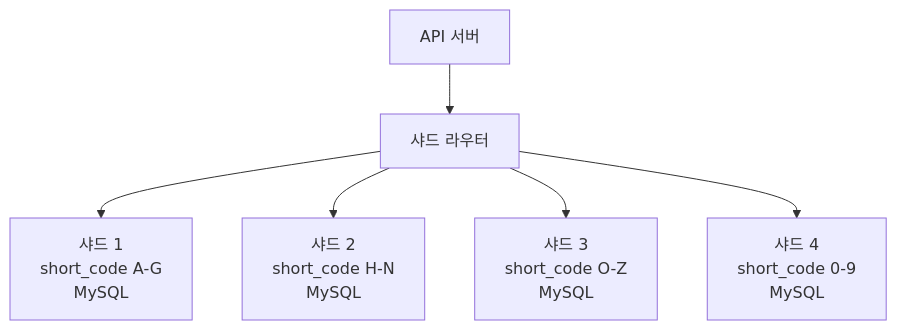
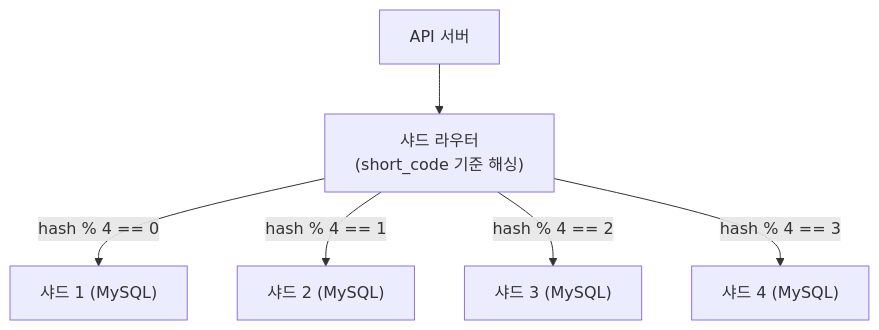
Before and after one commit to yjkim2015/yjkim2015.github.io: the fifth of 7 diagrams in _posts/systemdesign/2026-05-02-system-design-url-shortener.md, drawn with Mermaid. The commit also changed other lines of this file and 122 other files, not shown here.

````diff
--- a/_posts/systemdesign/2026-05-02-system-design-url-shortener.md
+++ b/_posts/systemdesign/2026-05-02-system-design-url-shortener.md
@@ -383,9 +226,8 @@
 ```mermaid
 graph TD
-    Router["샤드 라우터"] --> S1["샤드 1<br>short_code A-G<br>MySQL"]
-    Router --> S2["샤드 2<br>short_code H-N<br>MySQL"]
-    Router --> S3["샤드 3<br>short_code O-Z<br>MySQL"]
-    Router --> S4["샤드 4<br>short_code 0-9<br>MySQL"]
-
-    API["API 서버"] --> Router
+    API["API 서버"] --> Router["샤드 라우터<br>(short_code 기준 해싱)"]
+    Router -->|"hash % 4 == 0"| S1["샤드 1 (MySQL)"]
+    Router -->|"hash % 4 == 1"| S2["샤드 2 (MySQL)"]
+    Router -->|"hash % 4 == 2"| S3["샤드 3 (MySQL)"]
+    Router -->|"hash % 4 == 3"| S4["샤드 4 (MySQL)"]
 ```
````
